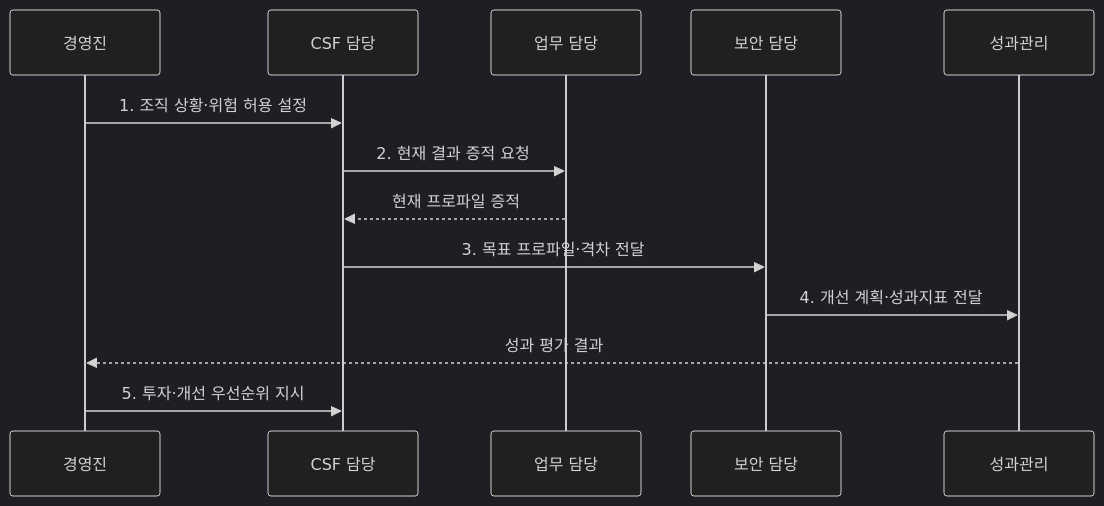
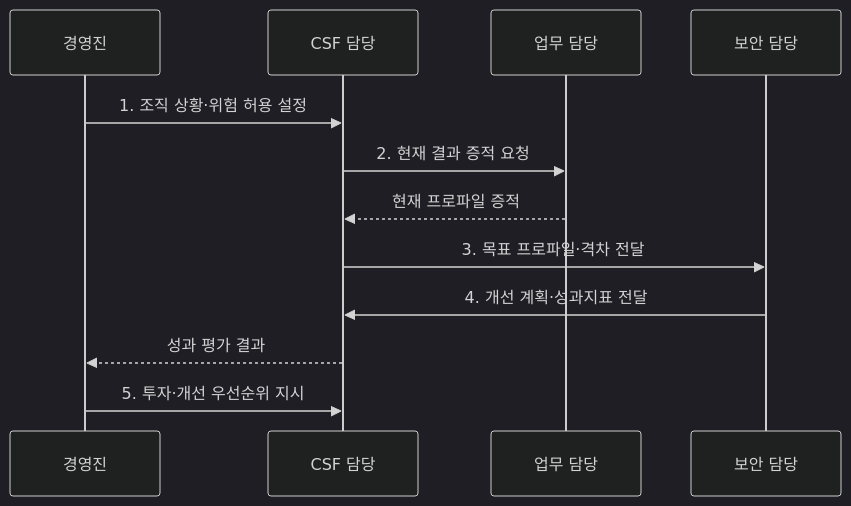
Before and after one commit to agnusdei1207/knowledge-base: the second of 2 diagrams in src/content/docs/notes/05-security/111_nist_csf.md, drawn with Mermaid (dark theme). The commit also changed 6 other files, not shown here.

Commit message:
Simplify governance and forensics sequences

````diff
--- a/src/content/docs/notes/05-security/111_nist_csf.md
+++ b/src/content/docs/notes/05-security/111_nist_csf.md
@@ -104,15 +104,14 @@
 ```mermaid
 sequenceDiagram
   participant E as 경영진
   participant C as CSF 담당
   participant B as 업무 담당
   participant S as 보안 담당
-  participant M as 성과관리
   E->>C: 1. 조직 상황·위험 허용 설정
   C->>B: 2. 현재 결과 증적 요청
   B-->>C: 현재 프로파일 증적
   C->>S: 3. 목표 프로파일·격차 전달
-  S->>M: 4. 개선 계획·성과지표 전달
-  M-->>E: 성과 평가 결과
+  S->>C: 4. 개선 계획·성과지표 전달
+  C-->>E: 성과 평가 결과
   E->>C: 5. 투자·개선 우선순위 지시
 ```
````
